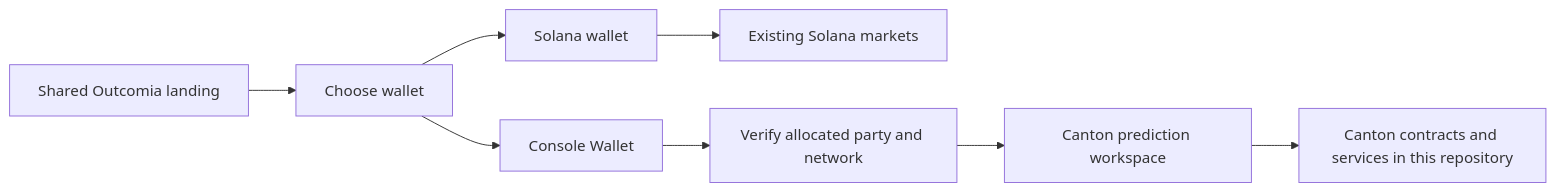
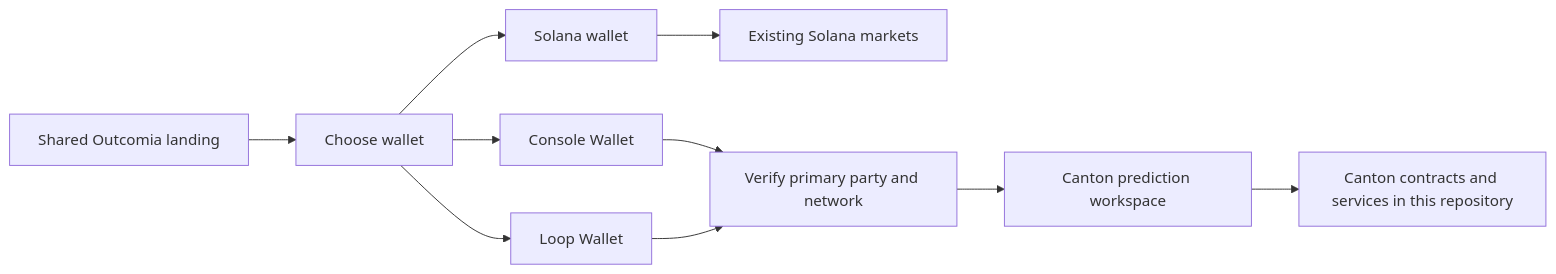
The diagram in docs/wallet-gateway.md (kunal171/outcomia-canton), drawn with Mermaid before and after one commit. The commit also changed other lines of this file and 6 other files, not shown here.

````diff
--- a/docs/wallet-gateway.md
+++ b/docs/wallet-gateway.md
@@ -7,10 +7,12 @@
 ```mermaid
 flowchart LR
   UI[Shared Outcomia landing] --> Wallet[Choose wallet]
   Wallet --> Solana[Solana wallet]
   Wallet --> Console[Console Wallet]
+  Wallet --> Loop[Loop Wallet]
   Solana --> Existing[Existing Solana markets]
-  Console --> Verify[Verify allocated party and network]
+  Console --> Verify[Verify primary party and network]
+  Loop --> Verify
   Verify --> Canton[Canton prediction workspace]
   Canton --> Contracts[Canton contracts and services in this repository]
 ```
````
